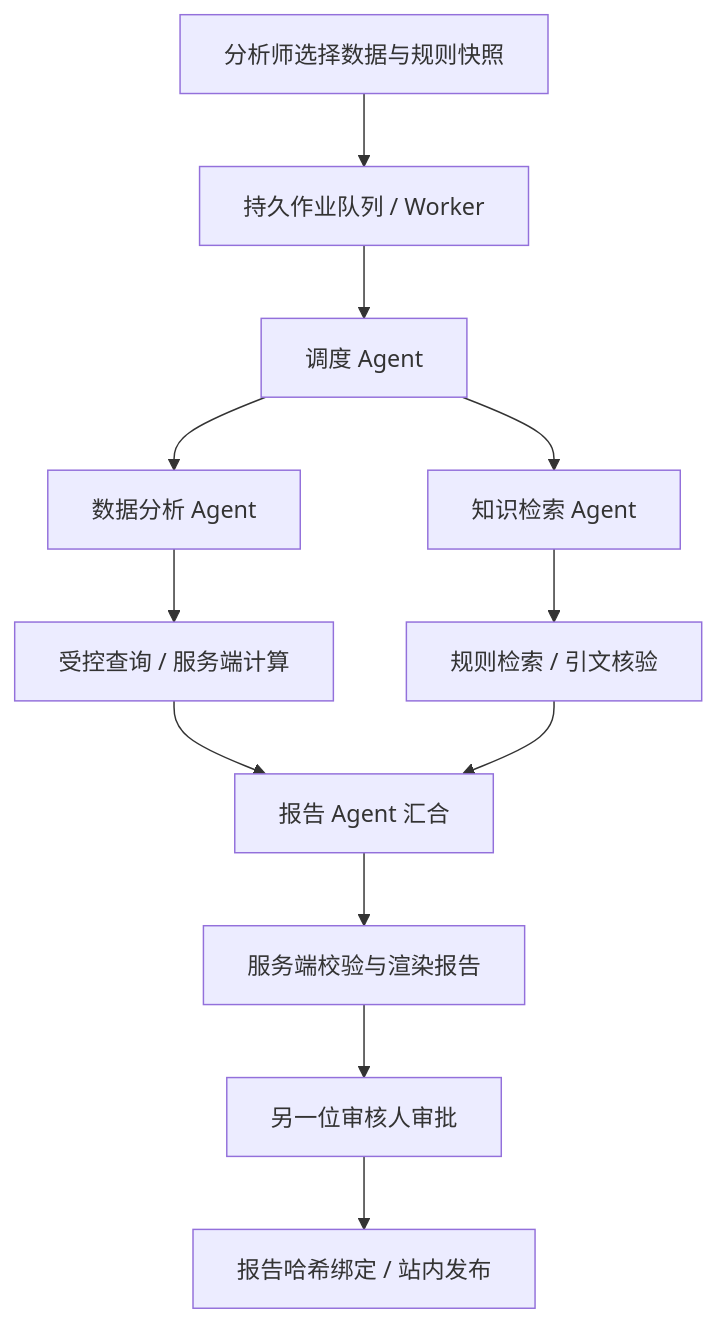
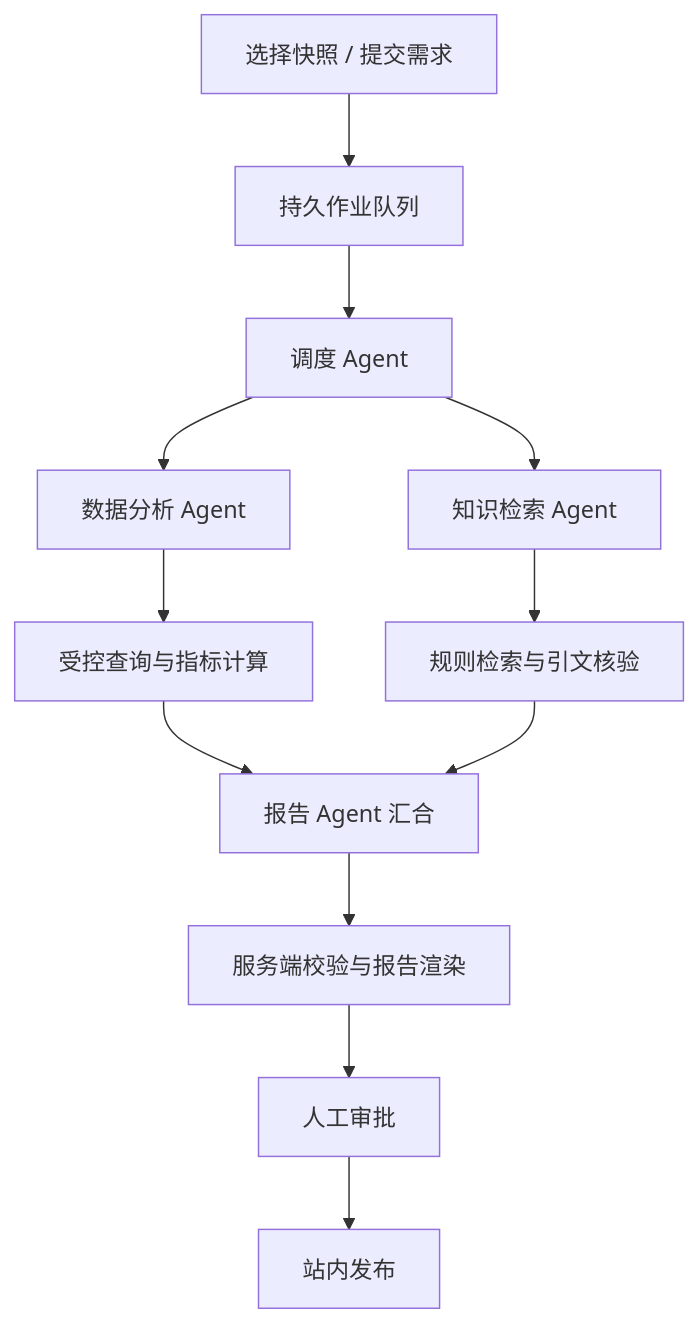
The diagram in README.md (xiaoguos/business-insight-agent), drawn with Mermaid before and after one commit. The commit also changed other lines of this file and 16 other files, not shown here.

````diff
--- a/README.md
+++ b/README.md
@@ -7,14 +32,14 @@
 ```mermaid
 flowchart TD
-    U[分析师选择数据与规则快照] --> Q[持久作业队列 / Worker]
+    U[选择快照 / 提交需求] --> Q[持久作业队列]
     Q --> C[调度 Agent]
     C --> A[数据分析 Agent]
     C --> K[知识检索 Agent]
-    A --> T[受控查询 / 服务端计算]
-    K --> E[规则检索 / 引文核验]
+    A --> T[受控查询与指标计算]
+    K --> E[规则检索与引文核验]
     T --> R[报告 Agent 汇合]
     E --> R
-    R --> V[服务端校验与渲染报告]
-    V --> H[另一位审核人审批]
-    H --> N[报告哈希绑定 / 站内发布]
+    R --> V[服务端校验与报告渲染]
+    V --> H[人工审批]
+    H --> N[站内发布]
 ```
````
